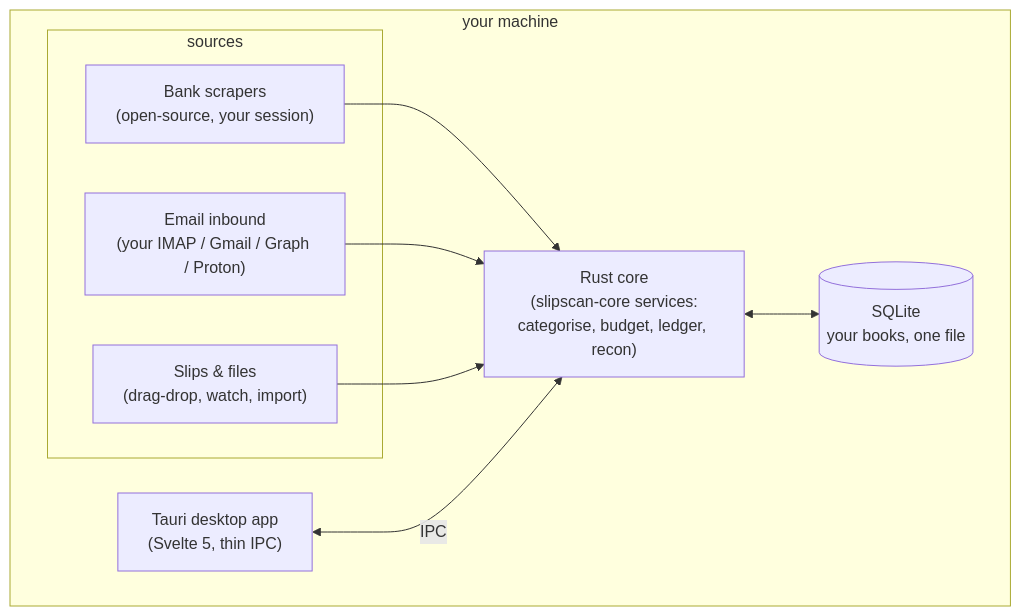
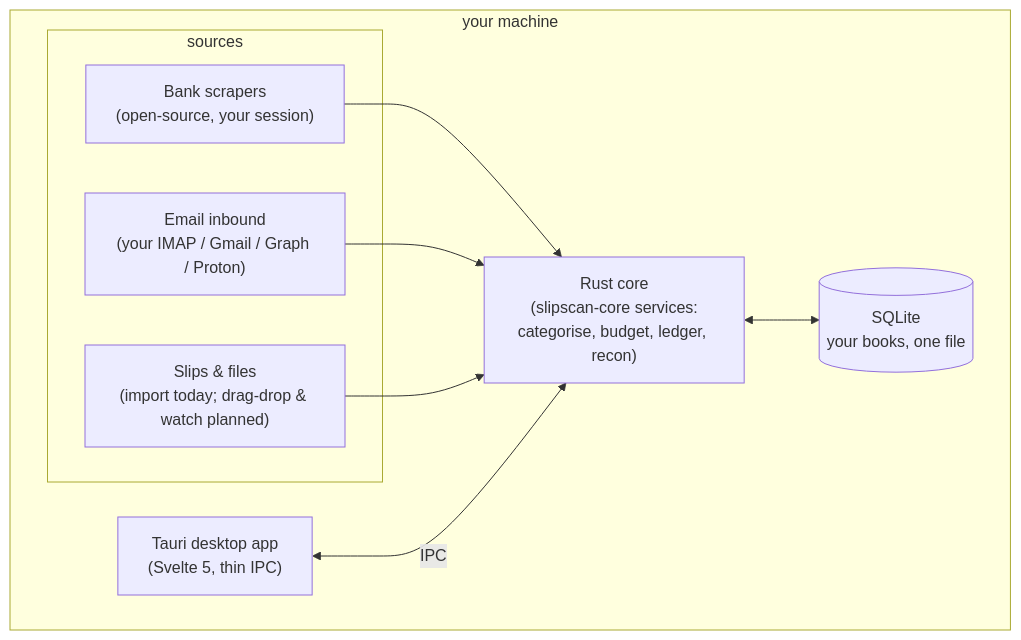
Before and after one commit to vul-os/slipscan: the first of 2 diagrams in README.md, drawn with Mermaid. The commit also changed other lines of this file and 17 other files, not shown here.

````diff
--- a/README.md
+++ b/README.md
@@ -122,19 +122,19 @@
 ```mermaid
 flowchart LR
     subgraph machine["your machine"]
         direction LR
         subgraph sources["sources"]
             bank["Bank scrapers<br/>(open-source, your session)"]
             mail["Email inbound<br/>(your IMAP / Gmail / Graph / Proton)"]
-            files["Slips &amp; files<br/>(drag-drop, watch, import)"]
+            files["Slips &amp; files<br/>(import today; drag-drop &amp; watch planned)"]
         end
         core["Rust core<br/>(slipscan-core services:<br/>categorise, budget, ledger, recon)"]
         db[("SQLite<br/>your books, one file")]
         app["Tauri desktop app<br/>(Svelte 5, thin IPC)"]
         bank --> core
         mail --> core
         files --> core
         core <--> db
         app <-->|"IPC"| core
     end
 ```
````
